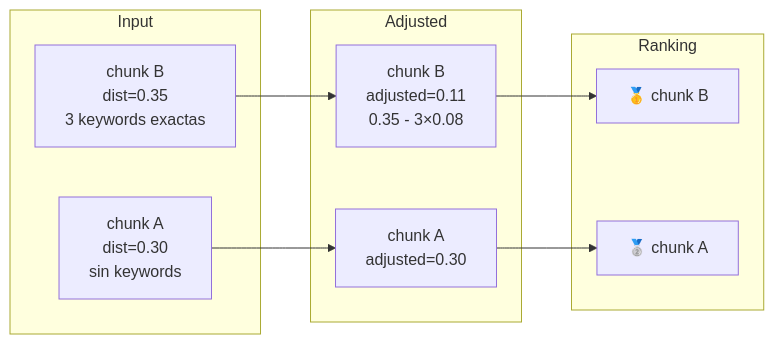
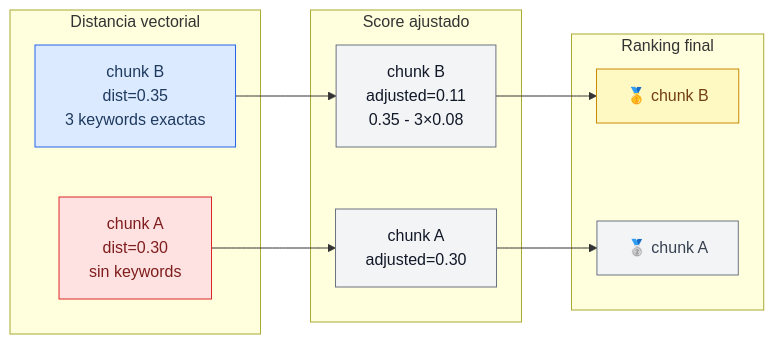
The diagram in website/docs/rag/reranking.md (LosPapois/LosPapois_TaskTuner), drawn with Mermaid before and after one commit. The commit also changed 6 other files, not shown here.

First line of the commit message:
feat(docs): add colors to all Mermaid diagrams

````diff
--- a/website/docs/rag/reranking.md
+++ b/website/docs/rag/reranking.md
@@ -21,19 +21,31 @@
 ```mermaid
 flowchart LR
-    subgraph Input
+    subgraph Input["Distancia vectorial"]
         A["chunk A\ndist=0.30\nsin keywords"]
         B["chunk B\ndist=0.35\n3 keywords exactas"]
     end
-    subgraph Adjusted
+    subgraph Adjusted["Score ajustado"]
         AR["chunk A\nadjusted=0.30"]
         BR["chunk B\nadjusted=0.11\n0.35 - 3×0.08"]
     end
-    subgraph Ranking
+    subgraph Ranking["Ranking final"]
         R1["🥇 chunk B"]
         R2["🥈 chunk A"]
     end
     A --> AR
     B --> BR
     AR --> R2
     BR --> R1
+
+    classDef worse fill:#FEE2E2,stroke:#DC2626,color:#7F1D1D
+    classDef better fill:#DBEAFE,stroke:#2563EB,color:#1E3A5F
+    classDef adj fill:#F3F4F6,stroke:#6B7280,color:#111827
+    classDef gold fill:#FEF9C3,stroke:#CA8A04,color:#713F12
+    classDef silver fill:#F3F4F6,stroke:#6B7280,color:#374151
+
+    class A worse
+    class B better
+    class AR,BR adj
+    class R1 gold
+    class R2 silver
 ```
````
